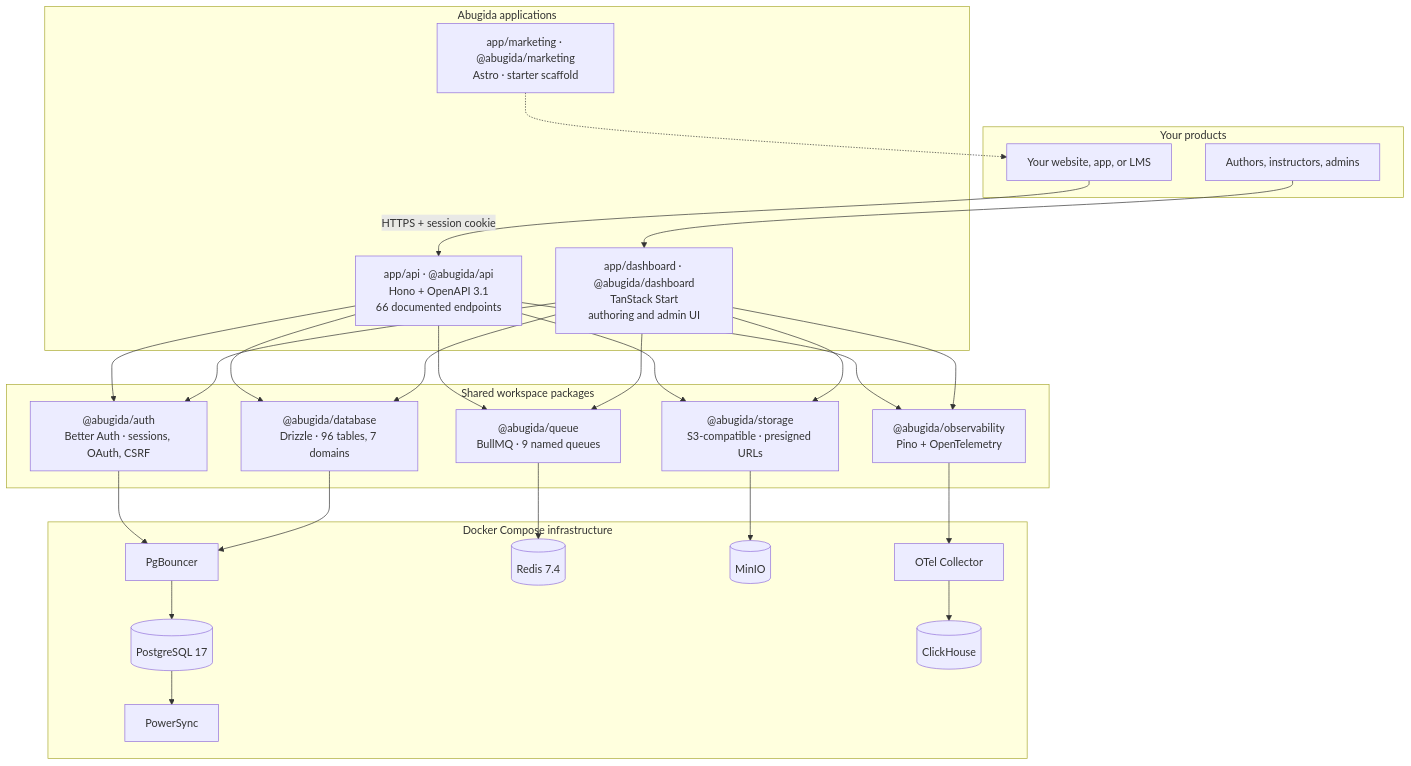
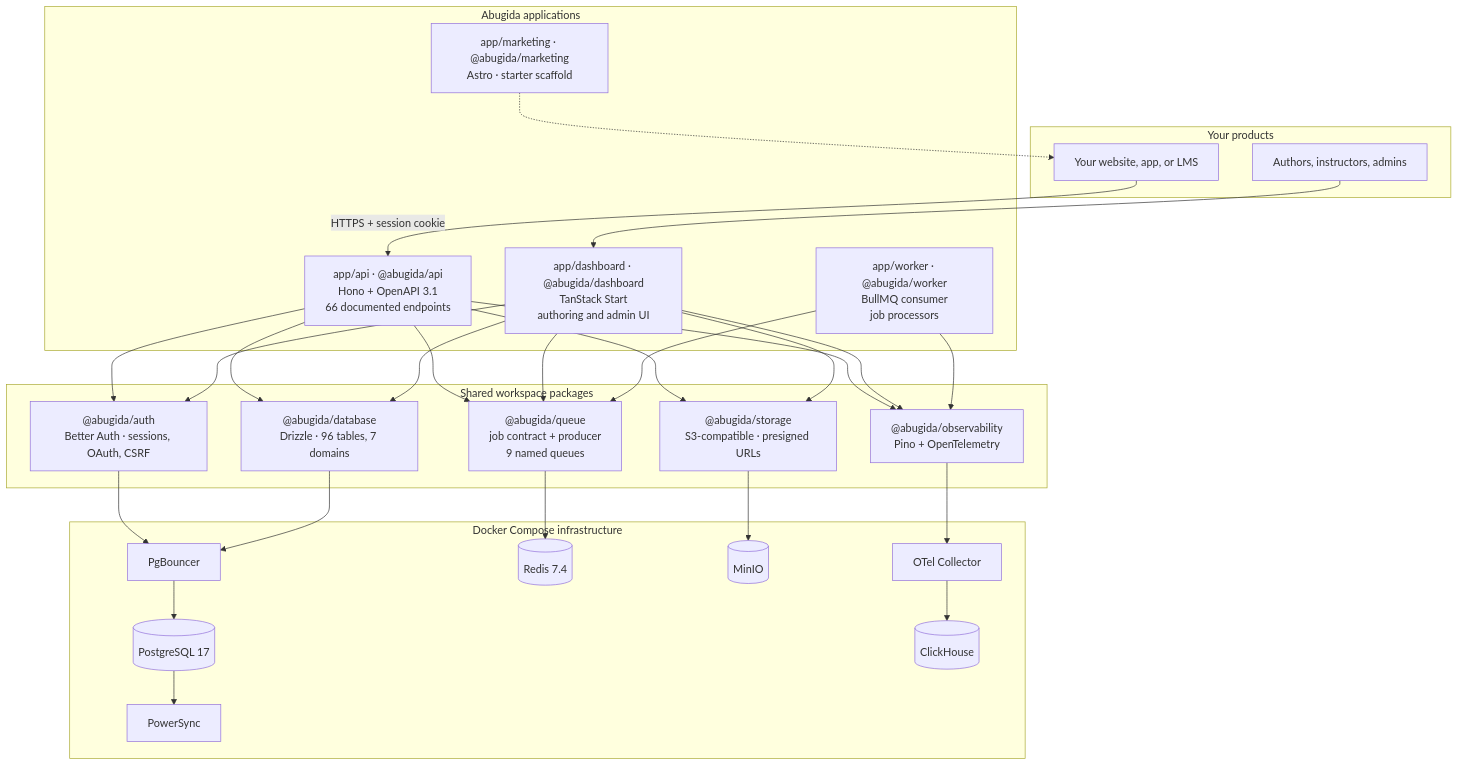
Before and after one commit to mortymith/Abugida-Backend: the diagram in README.md, drawn with Mermaid. The commit also changed 23 other files, not shown here.

First line of the commit message:
feat(worker): run the job consumer in the container infrastructure

````diff
--- a/README.md
+++ b/README.md
@@ -293,59 +293,63 @@
 ```mermaid
 flowchart TB
   subgraph consumers["Your products"]
     SITE["Your website, app, or LMS"]
     OPS["Authors, instructors, admins"]
   end
 
   subgraph apps["Abugida applications"]
     API["app/api · @abugida/api<br/>Hono + OpenAPI 3.1<br/>66 documented endpoints"]
     DASH["app/dashboard · @abugida/dashboard<br/>TanStack Start<br/>authoring and admin UI"]
     MKT["app/marketing · @abugida/marketing<br/>Astro · starter scaffold"]
+    WORKER["app/worker · @abugida/worker<br/>BullMQ consumer<br/>job processors"]
   end
 
   subgraph shared["Shared workspace packages"]
     AUTH["@abugida/auth<br/>Better Auth · sessions, OAuth, CSRF"]
     DB["@abugida/database<br/>Drizzle · 96 tables, 7 domains"]
-    QUEUE["@abugida/queue<br/>BullMQ · 9 named queues"]
+    QUEUE["@abugida/queue<br/>job contract + producer<br/>9 named queues"]
     STORAGE["@abugida/storage<br/>S3-compatible · presigned URLs"]
     OBS["@abugida/observability<br/>Pino + OpenTelemetry"]
   end
 
   subgraph infra["Docker Compose infrastructure"]
     PGB["PgBouncer"]
     PG[("PostgreSQL 17")]
     RED[("Redis 7.4")]
     MINIO[("MinIO")]
     PSYNC["PowerSync"]
     OTEL["OTel Collector"]
     CH[("ClickHouse")]
   end
 
   SITE -->|"HTTPS + session cookie"| API
   OPS --> DASH
 
   API --> AUTH
   API --> DB
   API --> QUEUE
   API --> STORAGE
   API --> OBS
 
   DASH --> AUTH
   DASH --> DB
   DASH --> QUEUE
   DASH --> STORAGE
   DASH --> OBS
 
+  WORKER --> QUEUE
+  WORKER --> OBS
+
   AUTH --> PGB
   DB --> PGB
   PGB --> PG
 
   QUEUE --> RED
   STORAGE --> MINIO
   PG --> PSYNC
 
   OBS --> OTEL
   OTEL --> CH
 
   MKT -.-> SITE
 ```
````
